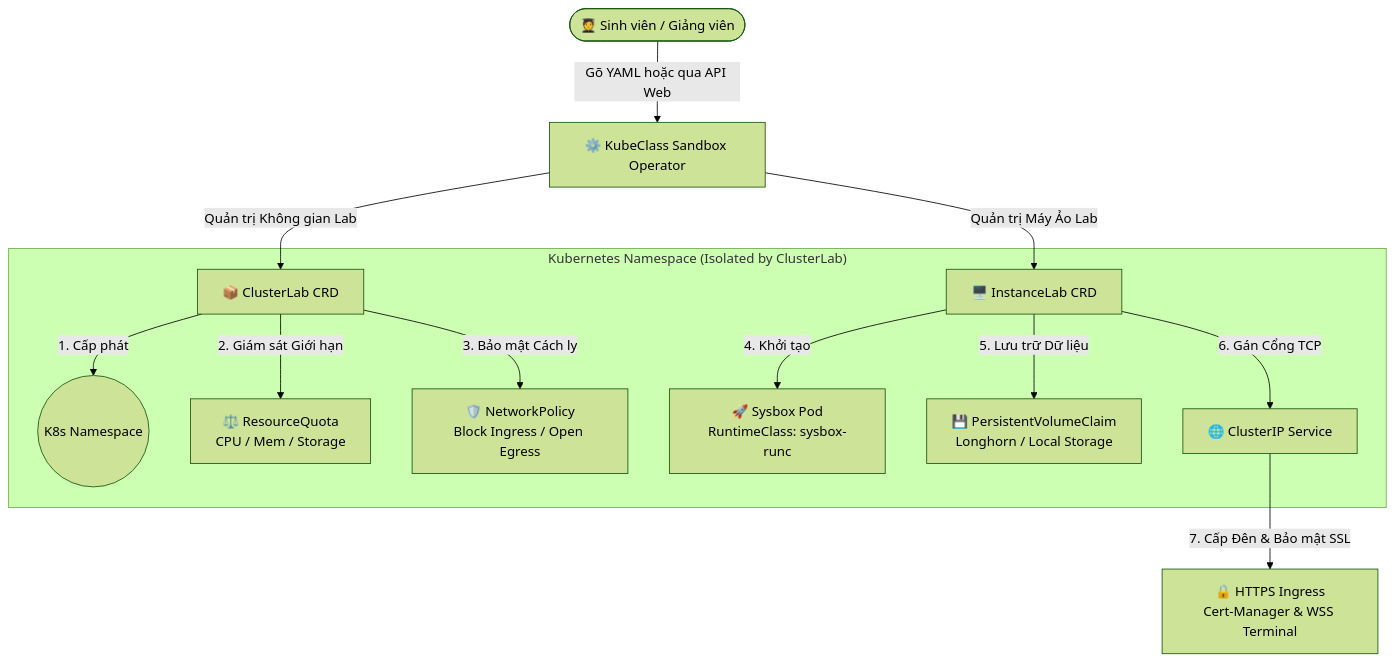
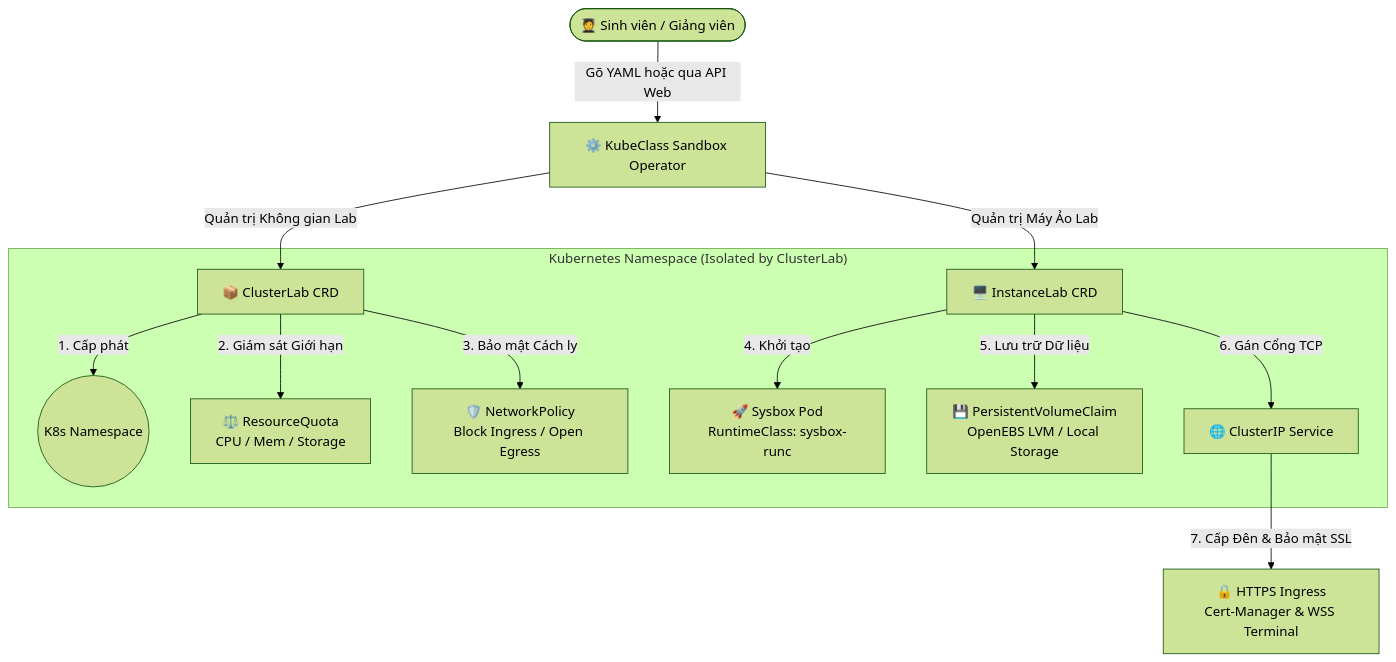
The diagram in README.md (NggThuHa/sandbox-operator), drawn with Mermaid (forest theme) before and after one commit. The commit also changed other lines of this file and 12 other files, not shown here.

Commit message:
feat: add OpenEBS LVM storage support and update Sysbox security configurations in instance controller

````diff
--- a/README.md
+++ b/README.md
@@ -15,18 +15,18 @@
 ```mermaid
 graph TD
     User([🧑‍🎓 Sinh viên / Giảng viên]) -->|Gõ YAML hoặc qua API Web| Operator[⚙️ KubeClass Sandbox Operator]
     Operator -->|Quản trị Không gian Lab| VC[📦 ClusterLab CRD]
     Operator -->|Quản trị Máy Ảo Lab| VI[🖥️ InstanceLab CRD]
 
     subgraph "Kubernetes Namespace (Isolated by ClusterLab)"
         VC -->|1. Cấp phát| NS((K8s Namespace))
         VC -->|2. Giám sát Giới hạn| RQ[⚖️ ResourceQuota<br/>CPU / Mem / Storage]
         VC -->|3. Bảo mật Cách ly| NP[🛡️ NetworkPolicy<br/>Block Ingress / Open Egress]
         
         VI -->|4. Khởi tạo| Pod[🚀 Sysbox Pod<br/>RuntimeClass: sysbox-runc]
-        VI -->|5. Lưu trữ Dữ liệu| PVC[💾 PersistentVolumeClaim<br/>Longhorn / Local Storage]
+        VI -->|5. Lưu trữ Dữ liệu| PVC[💾 PersistentVolumeClaim<br/>OpenEBS LVM / Local Storage]
         VI -->|6. Gán Cổng TCP| SVC[🌐 ClusterIP Service]
     end
 
     SVC -->|7. Cấp Đên & Bảo mật SSL| ING[🔒 HTTPS Ingress<br/>Cert-Manager & WSS Terminal]
 ```
````
